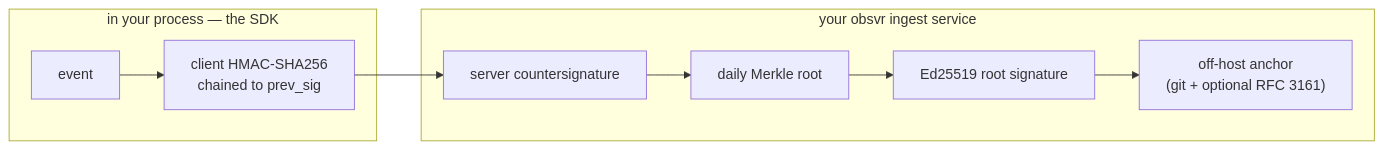
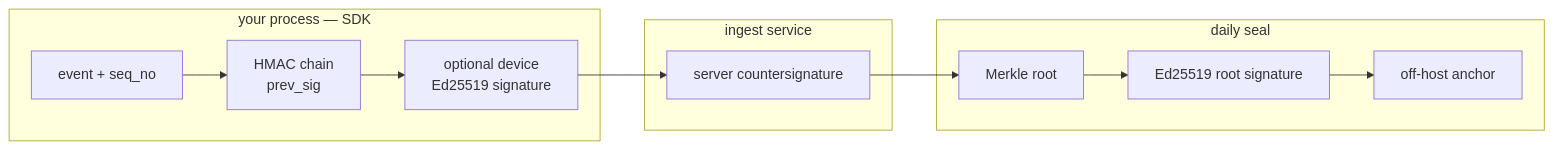
One commit to obsvr-dev/obsvr-sdk changed the second of 2 diagrams in README.md. Above: the diagram before and after it, drawn with Mermaid. The commit also changed other lines of this file, not shown here.

````diff
--- a/README.md
+++ b/README.md
@@ -498,12 +335,15 @@
 ```mermaid
 flowchart LR
-    subgraph SDK["in your process — the SDK"]
-      e["event"] --> h["client HMAC-SHA256<br/>chained to prev_sig"]
+    subgraph SDK["your process — SDK"]
+      ev["event + seq_no"] --> hm["HMAC chain<br/>prev_sig"]
+      hm --> ds["optional device<br/>Ed25519 signature"]
     end
-    subgraph SVC["your obsvr ingest service"]
-      cs["server countersignature"] --> mr["daily Merkle root"]
-      mr --> ed["Ed25519 root signature"]
-      ed --> an["off-host anchor<br/>(git + optional RFC 3161)"]
+    subgraph INGEST["ingest service"]
+      cs["server countersignature"]
     end
-    h --> cs
+    subgraph SEAL["daily seal"]
+      mr["Merkle root"] --> ed["Ed25519 root signature"]
+      ed --> an["off-host anchor"]
+    end
+    ds --> cs --> mr
 ```
````
